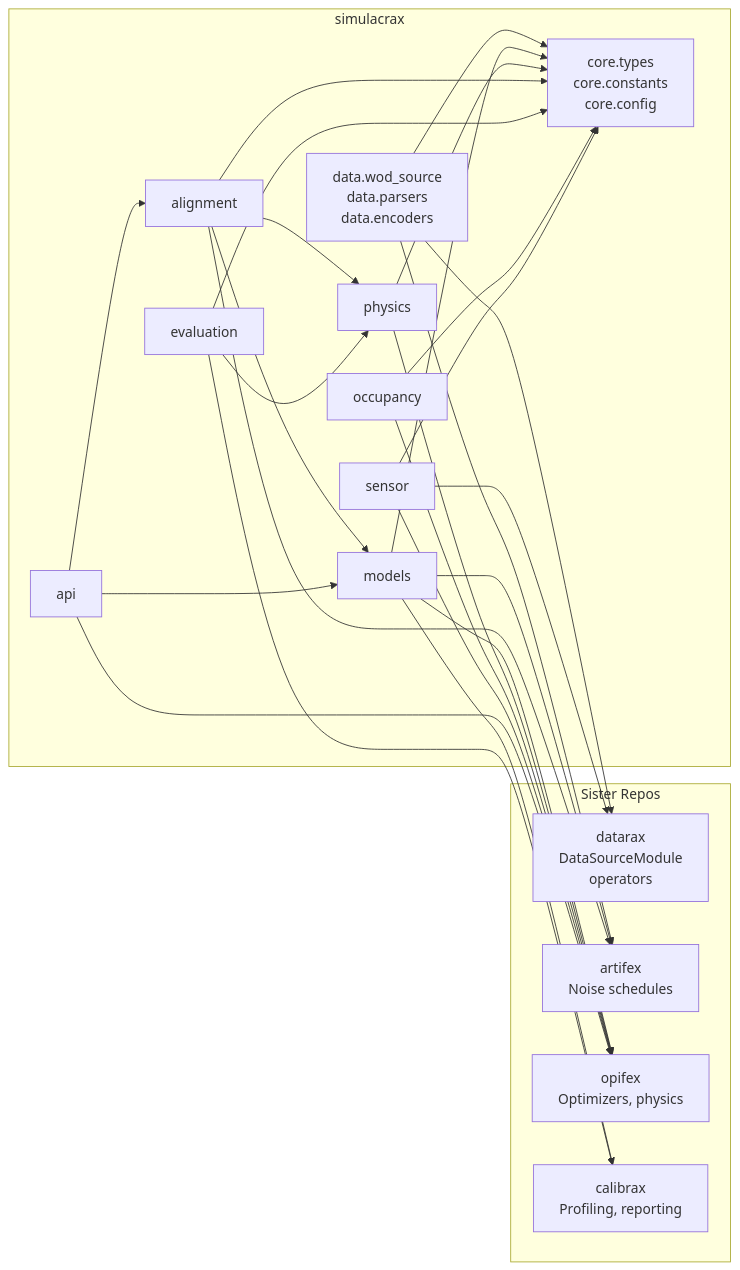
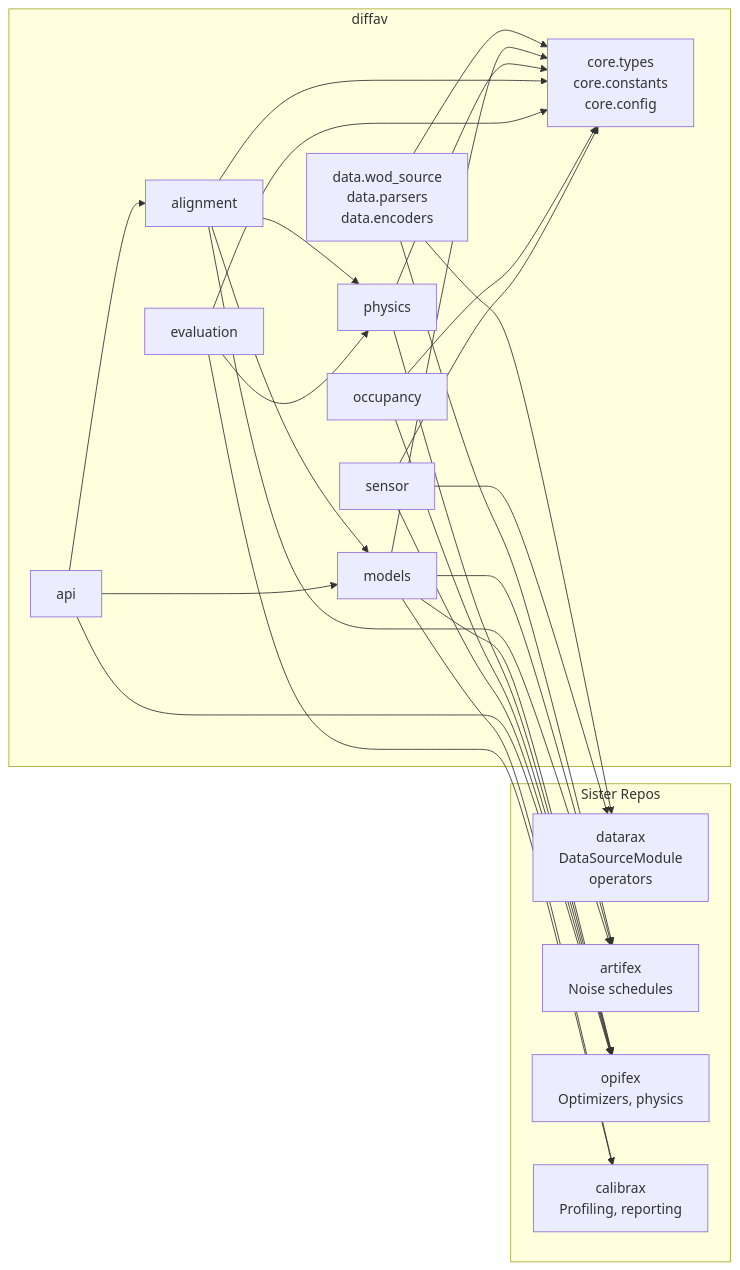
One commit to avitai/DiffAV changed the second of 2 diagrams in docs/development/architecture.md. Above: the diagram before and after it, drawn with Mermaid. The commit also changed other lines of this file and 327 other files, not shown here.

````diff
--- a/docs/development/architecture.md
+++ b/docs/development/architecture.md
@@ -52,46 +52,46 @@
 ```mermaid
 graph LR
-    subgraph "simulacrax"
+    subgraph "diffav"
         core[core.types<br/>core.constants<br/>core.config]
         data[data.wod_source<br/>data.parsers<br/>data.encoders]
         models[models]
         physics[physics]
         alignment[alignment]
         evaluation[evaluation]
         occupancy[occupancy]
         sensor[sensor]
         api[api]
     end
 
     subgraph "Sister Repos"
         datarax[datarax<br/>DataSourceModule<br/>operators]
         artifex[artifex<br/>Noise schedules]
         opifex[opifex<br/>Optimizers, physics]
         calibrax[calibrax<br/>Profiling, reporting]
     end
 
     data --> core
     data --> datarax
     data --> artifex
     models --> core
     models --> artifex
     models --> opifex
     models --> calibrax
     physics --> core
     physics --> opifex
     alignment --> core
     alignment --> models
     alignment --> physics
     alignment --> artifex
     evaluation --> core
     evaluation --> physics
     evaluation --> calibrax
     occupancy --> core
     occupancy --> opifex
     sensor --> core
     sensor --> datarax
     sensor --> opifex
     api --> alignment
     api --> models
     api --> opifex
 ```
````
